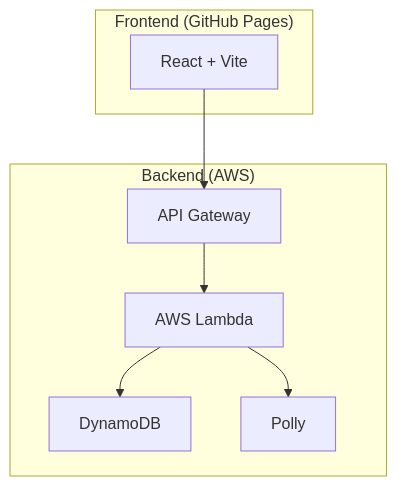
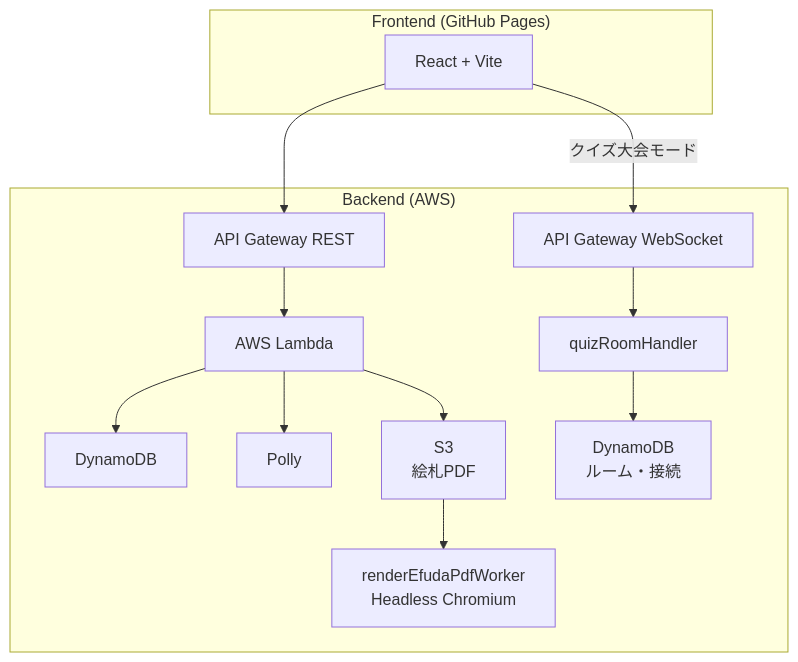
One commit to bamiyanapp/karuta changed the first of 2 diagrams in README.md. Above: the diagram before and after it, drawn with Mermaid. The commit also changed other lines of this file, not shown here.

````diff
--- a/README.md
+++ b/README.md
@@ -39,14 +46,20 @@
 ```mermaid
 graph TD
     subgraph "Frontend (GitHub Pages)"
         I[React + Vite]
     end
 
     subgraph "Backend (AWS)"
-        J[API Gateway] --> K[AWS Lambda];
+        J[API Gateway REST] --> K[AWS Lambda];
         K --> L[DynamoDB];
         K --> M[Polly];
+        K --> N[S3<br/>絵札PDF];
+        N --> O[renderEfudaPdfWorker<br/>Headless Chromium];
+
+        P[API Gateway WebSocket] --> Q[quizRoomHandler];
+        Q --> R[DynamoDB<br/>ルーム・接続];
     end
 
     I --> J;
+    I -->|クイズ大会モード| P;
 ```
````
